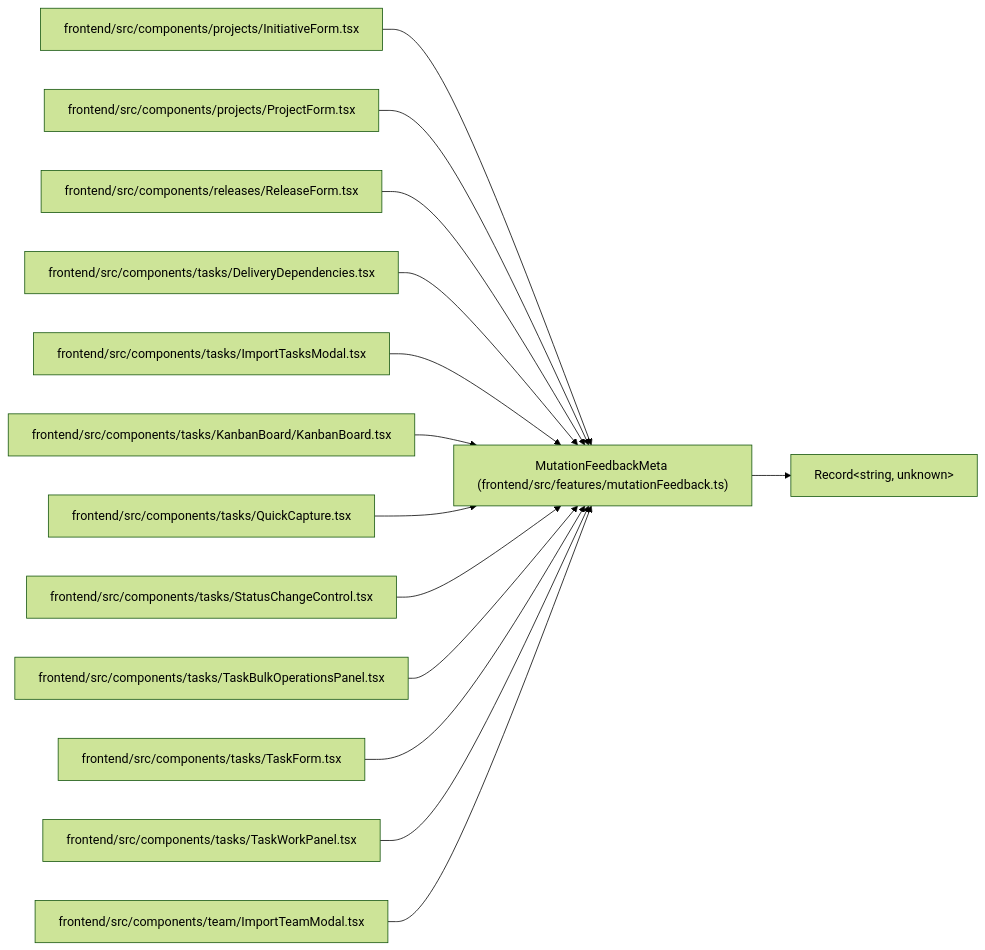
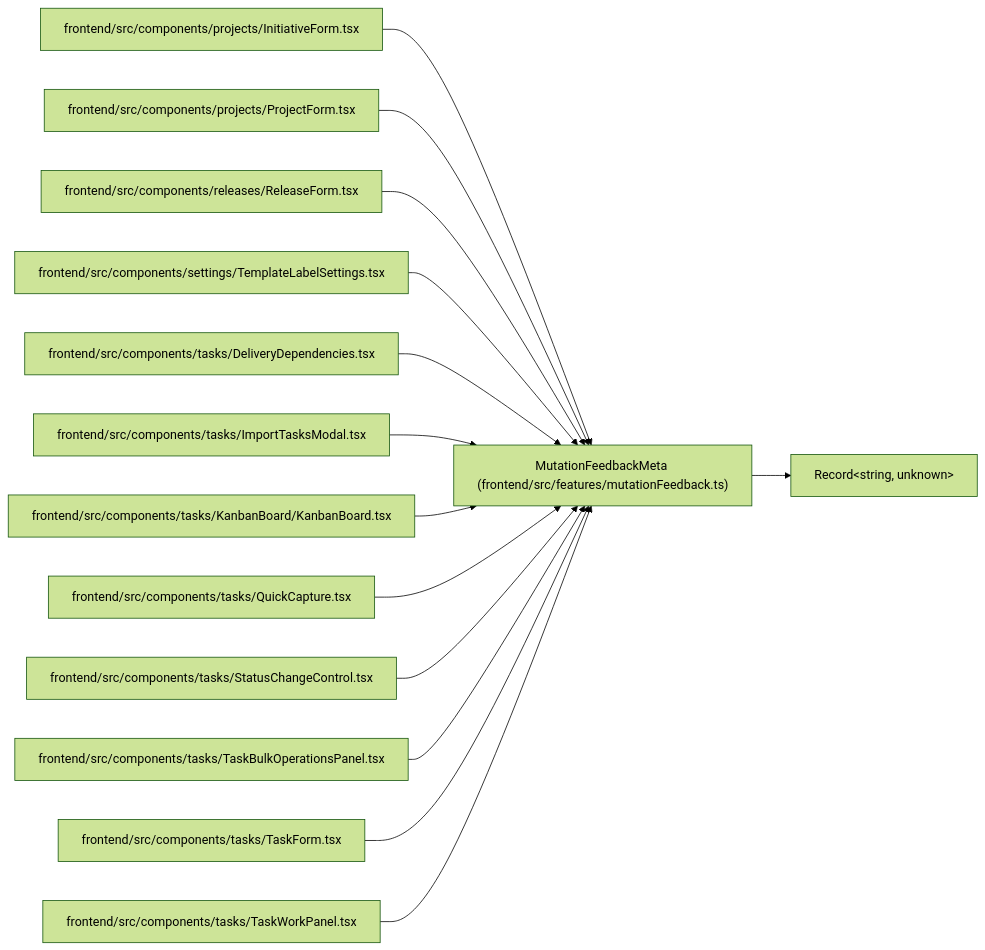
One commit to Denissvgn/WorkChord changed the diagram in docs/llm_wiki/entities/MutationFeedbackMeta.md. Above: the diagram before and after it, drawn with Mermaid (forest theme). The commit also changed other lines of this file and 382 other files, not shown here.

````diff
--- a/docs/llm_wiki/entities/MutationFeedbackMeta.md
+++ b/docs/llm_wiki/entities/MutationFeedbackMeta.md
@@ -28,43 +28,43 @@
 ```mermaid
 flowchart LR
     n0["MutationFeedbackMeta (frontend/src/features/mutationFeedback.ts)"]
     n1["Record#60;string, unknown#62;"]
     n2["frontend/src/components/projects/InitiativeForm.tsx"]
     n3["frontend/src/components/projects/ProjectForm.tsx"]
     n4["frontend/src/components/releases/ReleaseForm.tsx"]
-    n5["frontend/src/components/tasks/DeliveryDependencies.tsx"]
-    n6["frontend/src/components/tasks/ImportTasksModal.tsx"]
-    n7["frontend/src/components/tasks/KanbanBoard/KanbanBoard.tsx"]
-    n8["frontend/src/components/tasks/QuickCapture.tsx"]
-    n9["frontend/src/components/tasks/StatusChangeControl.tsx"]
-    n10["frontend/src/components/tasks/TaskBulkOperationsPanel.tsx"]
-    n11["frontend/src/components/tasks/TaskForm.tsx"]
-    n12["frontend/src/components/tasks/TaskWorkPanel.tsx"]
-    n13["frontend/src/components/team/ImportTeamModal.tsx"]
+    n5["frontend/src/components/settings/TemplateLabelSettings.tsx"]
+    n6["frontend/src/components/tasks/DeliveryDependencies.tsx"]
+    n7["frontend/src/components/tasks/ImportTasksModal.tsx"]
+    n8["frontend/src/components/tasks/KanbanBoard/KanbanBoard.tsx"]
+    n9["frontend/src/components/tasks/QuickCapture.tsx"]
+    n10["frontend/src/components/tasks/StatusChangeControl.tsx"]
+    n11["frontend/src/components/tasks/TaskBulkOperationsPanel.tsx"]
+    n12["frontend/src/components/tasks/TaskForm.tsx"]
+    n13["frontend/src/components/tasks/TaskWorkPanel.tsx"]
     n0 --> n1
     n2 --> n0
     n3 --> n0
     n4 --> n0
     n5 --> n0
     n6 --> n0
     n7 --> n0
     n8 --> n0
     n9 --> n0
     n10 --> n0
     n11 --> n0
     n12 --> n0
     n13 --> n0
     click n0 "../modules/mutationFeedback.md"
     click n2 "../modules/InitiativeForm.md"
     click n3 "../modules/ProjectForm.md"
     click n4 "../modules/ReleaseForm.md"
-    click n5 "../modules/DeliveryDependencies.md"
-    click n6 "../modules/ImportTasksModal.md"
-    click n7 "../modules/KanbanBoard.md"
-    click n8 "../modules/QuickCapture.md"
-    click n9 "../modules/StatusChangeControl.md"
-    click n10 "../modules/TaskBulkOperationsPanel.md"
-    click n11 "../modules/TaskForm.md"
-    click n12 "../modules/TaskWorkPanel.md"
-    click n13 "../modules/ImportTeamModal.md"
+    click n5 "../modules/TemplateLabelSettings.md"
+    click n6 "../modules/DeliveryDependencies.md"
+    click n7 "../modules/ImportTasksModal.md"
+    click n8 "../modules/KanbanBoard.md"
+    click n9 "../modules/QuickCapture.md"
+    click n10 "../modules/StatusChangeControl.md"
+    click n11 "../modules/TaskBulkOperationsPanel.md"
+    click n12 "../modules/TaskForm.md"
+    click n13 "../modules/TaskWorkPanel.md"
 ```
````
